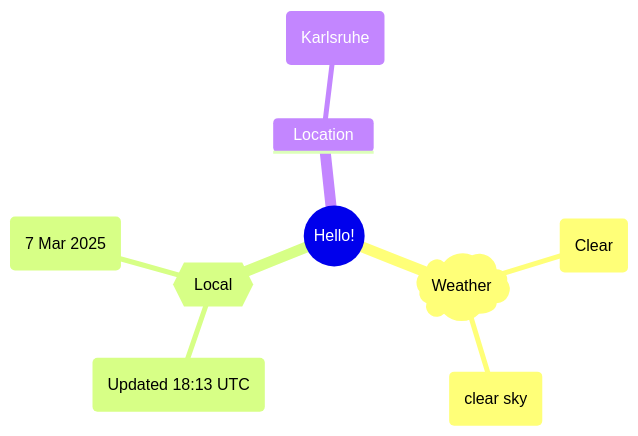
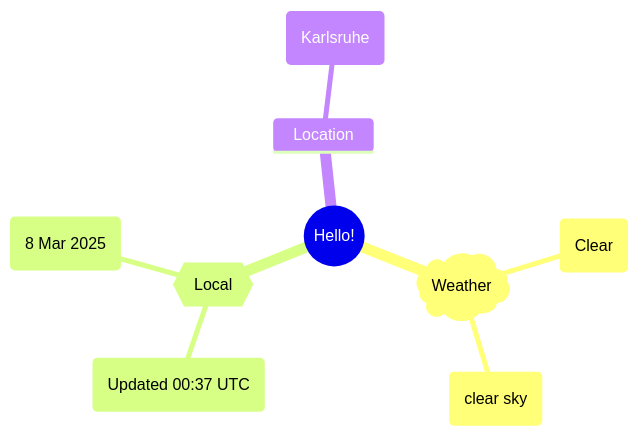
The first of 2 diagrams in README.md (Xosrov/Xosrov), drawn with Mermaid before and after one commit.

Commit message:
[bot] updated images

````diff
--- a/README.md
+++ b/README.md
@@ -3,12 +3,12 @@
 ```mermaid
 mindmap
   root((Hello!))
     )Weather(
         (Clear)
         (clear sky)
     {{Local}}
-        (Updated 18:13 UTC)
-        (7 Mar 2025)
+        (Updated 00:37 UTC)
+        (8 Mar 2025)
     Location
         (Karlsruhe)
 ```
````
